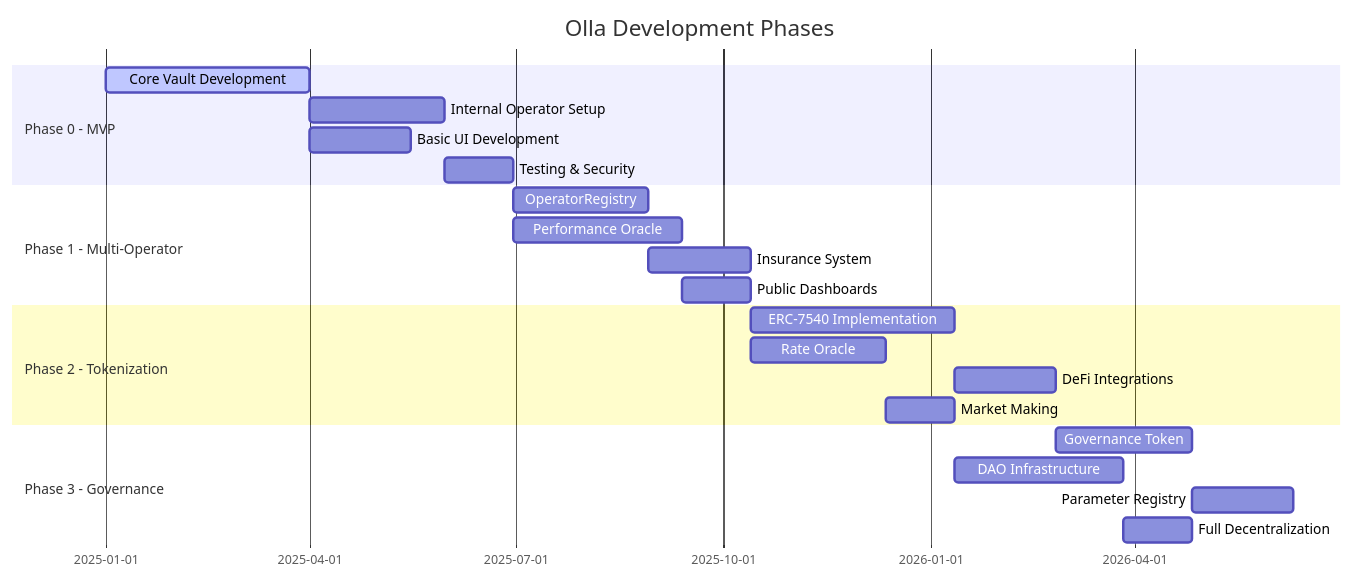
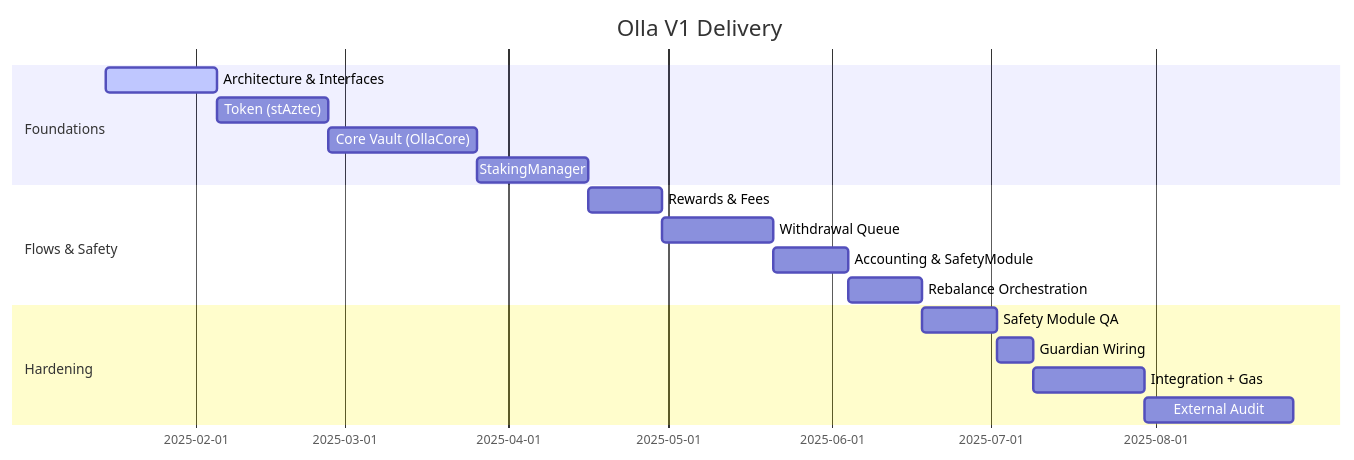
The diagram in research/development/phase-development-analysis.md (ollafinance/core), drawn with Mermaid before and after one commit. The commit also changed other lines of this file and 34 other files, not shown here.

Commit message:
update architecture docs to reflect notion

````diff
--- a/research/development/phase-development-analysis.md
+++ b/research/development/phase-development-analysis.md
@@ -8,28 +7,22 @@
 ```mermaid
 gantt
-    title Olla Development Phases
+    title Olla V1 Delivery
     dateFormat  YYYY-MM-DD
-    section Phase 0 - MVP
-    Core Vault Development    :active, p0-1, 2025-01-01, 90d
-    Internal Operator Setup   :p0-2, after p0-1, 60d
-    Basic UI Development      :p0-3, after p0-1, 45d
-    Testing & Security        :p0-4, after p0-2, 30d
-    
-    section Phase 1 - Multi-Operator
-    OperatorRegistry         :p1-1, after p0-4, 60d
-    Performance Oracle       :p1-2, after p0-4, 75d
-    Insurance System         :p1-3, after p1-1, 45d
-    Public Dashboards        :p1-4, after p1-2, 30d
-    
-    section Phase 2 - Tokenization
-    ERC-7540 Implementation  :p2-1, after p1-3, 90d
-    Rate Oracle             :p2-2, after p1-4, 60d
-    DeFi Integrations       :p2-3, after p2-1, 45d
-    Market Making           :p2-4, after p2-2, 30d
-    
-    section Phase 3 - Governance
-    Governance Token        :p3-1, after p2-3, 60d
-    DAO Infrastructure      :p3-2, after p2-4, 75d
-    Parameter Registry      :p3-3, after p3-1, 45d
-    Full Decentralization   :p3-4, after p3-2, 30d
+    section Foundations
+    Architecture & Interfaces      :active, m1, 2025-01-15, 21d
+    Token (stAztec)                :m2, after m1, 21d
+    Core Vault (OllaCore)          :m3, after m2, 28d
+    StakingManager                 :m4, after m3, 21d
+
+    section Flows & Safety
+    Rewards & Fees                 :m5, after m4, 14d
+    Withdrawal Queue               :m6, after m5, 21d
+    Accounting & SafetyModule      :m7, after m6, 14d
+    Rebalance Orchestration        :m8, after m7, 14d
+
+    section Hardening
+    Safety Module QA               :m9, after m8, 14d
+    Guardian Wiring                :m10, after m9, 7d
+    Integration + Gas              :m11, after m10, 21d
+    External Audit                 :m12, after m11, 28d
 ```
````
